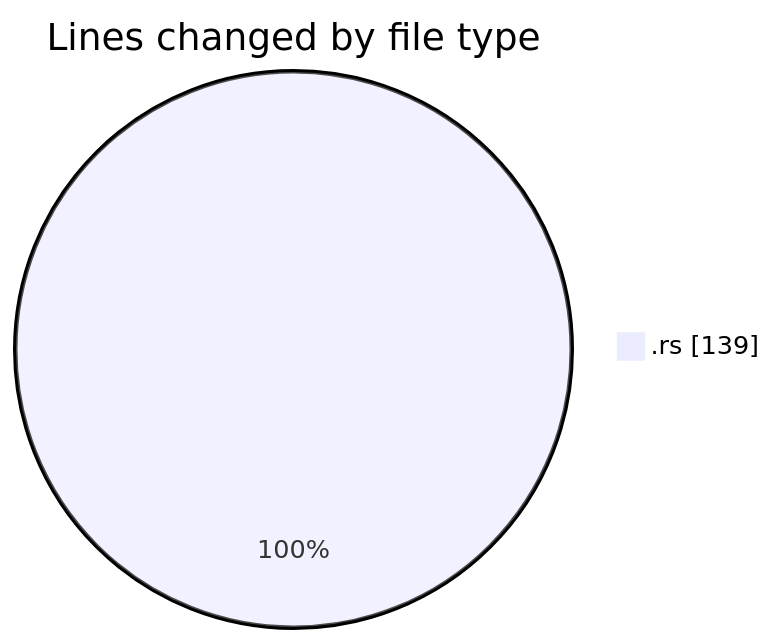
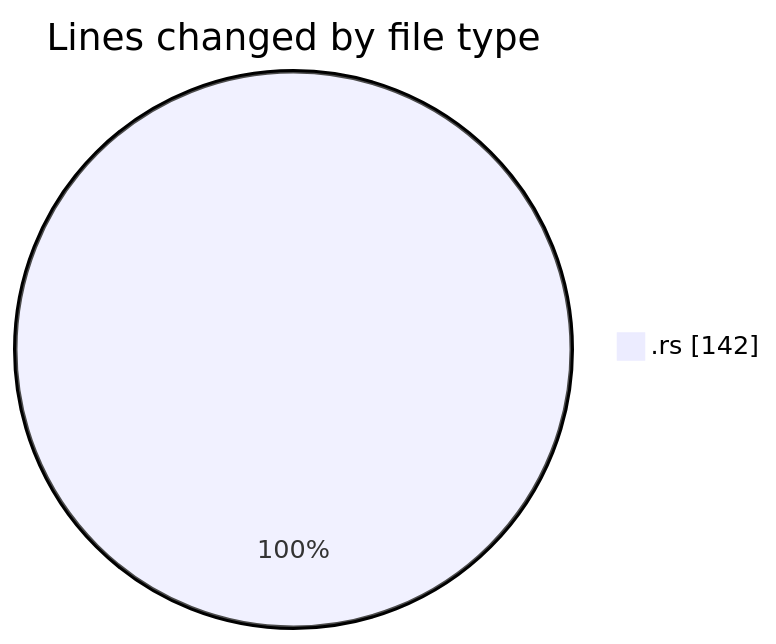
One commit to Ritupan-Deka/code-tracking changed the first of 2 diagrams in 2025-12-28/rust/README.md. Above: the diagram before and after it, drawn with Mermaid. The commit also changed other lines of this file and 1 other file, not shown here.

````diff
--- a/2025-12-28/rust/README.md
+++ b/2025-12-28/rust/README.md
@@ -20,5 +20,5 @@
 ```mermaid
 pie showData
 title Lines changed by file type
-".rs" : 139
+".rs" : 142
 ```
````
